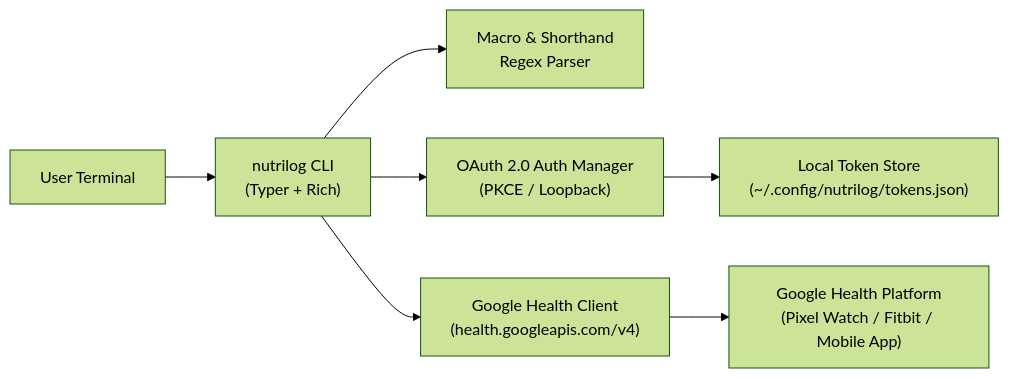
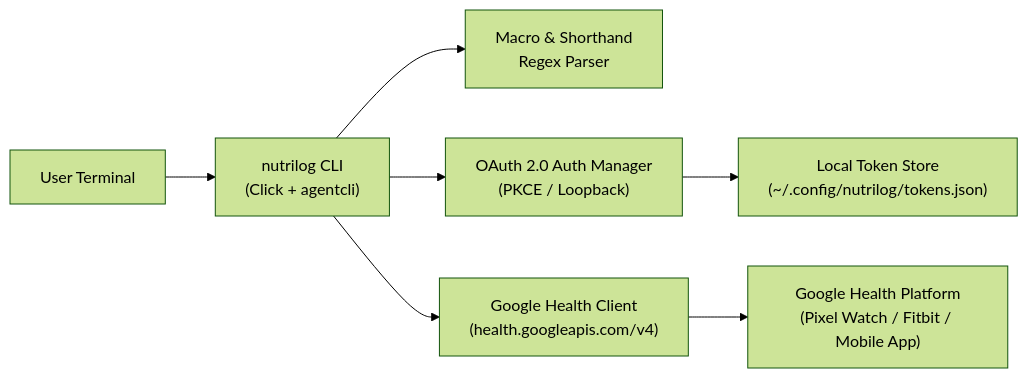
Before and after one commit to owahltinez/nutrilog: the diagram in README.md, drawn with Mermaid (forest theme). The commit also changed other lines of this file and 8 other files, not shown here.

Commit message:
Align CLI conventions with agentcli

````diff
--- a/README.md
+++ b/README.md
@@ -57,9 +57,9 @@
 ```mermaid
 graph LR
-    User["User Terminal"] --> CLI["nutrilog CLI<br/>(Typer + Rich)"]
+    User["User Terminal"] --> CLI["nutrilog CLI<br/>(Click + agentcli)"]
     CLI --> Parser["Macro & Shorthand<br/>Regex Parser"]
     CLI --> Auth["OAuth 2.0 Auth Manager<br/>(PKCE / Loopback)"]
     Auth --> Keyring["Local Token Store<br/>(~/.config/nutrilog/tokens.json)"]
     CLI --> Client["Google Health Client<br/>(health.googleapis.com/v4)"]
     Client --> GoogleHealth["Google Health Platform<br/>(Pixel Watch / Fitbit / Mobile App)"]
 ```
````
